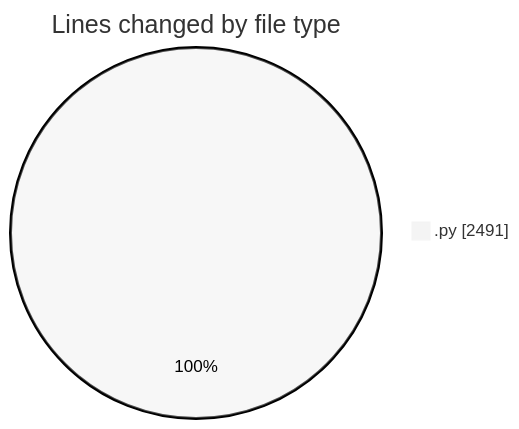
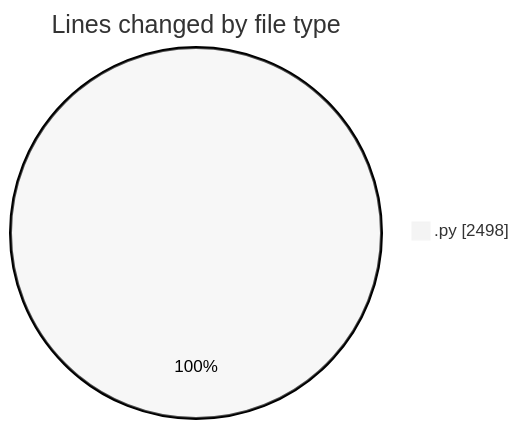
The first of 2 diagrams in 2025-10-15/eventscop-api-guide__workspace_/README.md (julien-gomy/code-tracking), drawn with Mermaid (neutral theme) before and after one commit. The commit also changed other lines of this file and 1 other file, not shown here.

````diff
--- a/2025-10-15/eventscop-api-guide__workspace_/README.md
+++ b/2025-10-15/eventscop-api-guide__workspace_/README.md
@@ -24,5 +24,5 @@
 ```mermaid
 pie showData
 title Lines changed by file type
-".py" : 2491
+".py" : 2498
 ```
````
